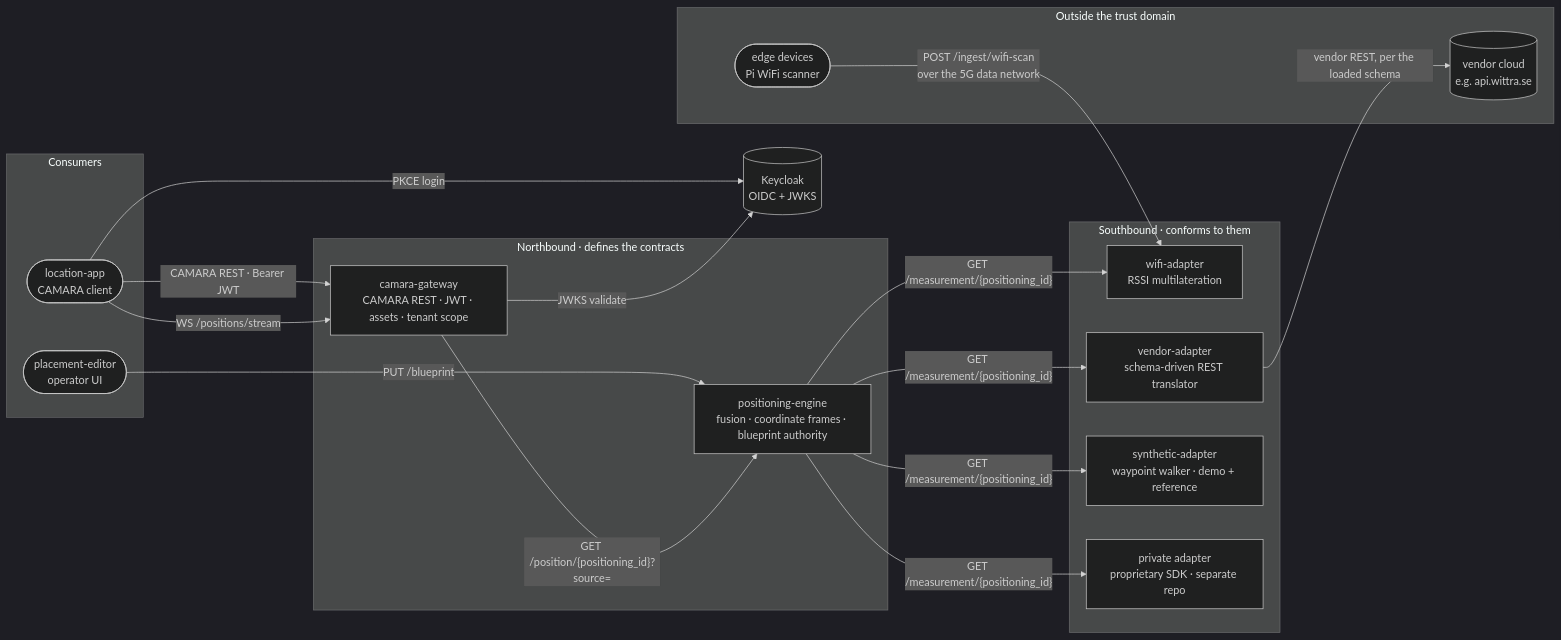
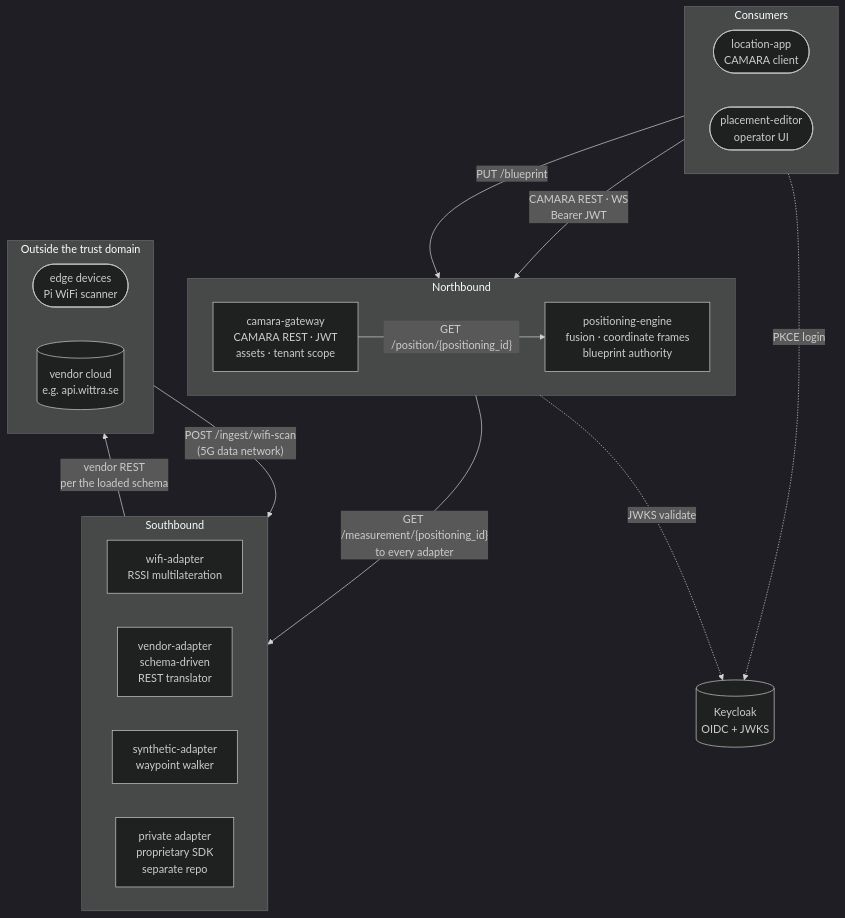
One commit to Jacobbista/5g-northbound changed the first of 6 diagrams in docs/architecture.md. Above: the diagram before and after it, drawn with Mermaid (dark theme). The commit also changed other lines of this file, not shown here.

Commit message:
docs: rebuild the system overview as stacked bands
The overview was a left-to-right flowchart with four identical GET /measurement labels standing in a column away from their edges, and an out-of-trust-domain box at the top whose two edges crossed the whole canvas. It is now five pinned bands top to bottom, consumers, identity, northbound, southbound, outside, with the adapter contract labelled once. No edge crosses a box, and the paragraph that follows reads the bands literally.

The 3GPP mapping drops the fiveg row and states the rest without arguing it.

````diff
--- a/docs/architecture.md
+++ b/docs/architecture.md
@@ -18,41 +18,45 @@
 ```mermaid
-flowchart LR
+flowchart TB
   subgraph consumers["Consumers"]
+    direction LR
     APP(["location-app<br/>CAMARA client"])
     EDITOR(["placement-editor<br/>operator UI"])
   end
 
-  subgraph northbound["Northbound · defines the contracts"]
-    GW["camara-gateway<br/>CAMARA REST · JWT · assets · tenant scope"]
-    ENG["positioning-engine<br/>fusion · coordinate frames · blueprint authority"]
+  KC[("Keycloak<br/>OIDC + JWKS")]
+
+  subgraph northbound["Northbound"]
+    direction LR
+    GW["camara-gateway<br/>CAMARA REST · JWT<br/>assets · tenant scope"]
+    ENG["positioning-engine<br/>fusion · coordinate frames<br/>blueprint authority"]
   end
 
-  subgraph southbound["Southbound · conforms to them"]
+  subgraph southbound["Southbound"]
+    direction LR
     WIFI["wifi-adapter<br/>RSSI multilateration"]
-    VENDOR["vendor-adapter<br/>schema-driven REST translator"]
-    SYNTH["synthetic-adapter<br/>waypoint walker · demo + reference"]
-    PRIV["private adapter<br/>proprietary SDK · separate repo"]
+    VENDOR["vendor-adapter<br/>schema-driven<br/>REST translator"]
+    SYNTH["synthetic-adapter<br/>waypoint walker"]
+    PRIV["private adapter<br/>proprietary SDK<br/>separate repo"]
   end
 
   subgraph external["Outside the trust domain"]
+    direction LR
+    EDGEDEV(["edge devices<br/>Pi WiFi scanner"])
     CLOUD[("vendor cloud<br/>e.g. api.wittra.se")]
-    EDGEDEV(["edge devices<br/>Pi WiFi scanner"])
   end
 
-  KC[("Keycloak<br/>OIDC + JWKS")]
-
-  APP -- "CAMARA REST · Bearer JWT" --> GW
-  APP -- "WS /positions/stream" --> GW
-  APP -- "PKCE login" --> KC
-  GW -- "JWKS validate" --> KC
+  APP -. "PKCE login" .-> KC
+  GW -. "JWKS validate" .-> KC
+  APP -- "CAMARA REST · WS<br/>Bearer JWT" --> GW
   EDITOR -- "PUT /blueprint" --> ENG
 
-  GW -- "GET /position/{positioning_id}?source=" --> ENG
-  ENG -- "GET /measurement/{positioning_id}" --> WIFI
-  ENG -- "GET /measurement/{positioning_id}" --> VENDOR
-  ENG -- "GET /measurement/{positioning_id}" --> SYNTH
-  ENG -- "GET /measurement/{positioning_id}" --> PRIV
+  GW -- "GET /position/{positioning_id}" --> ENG
+  ENG -- "GET /measurement/{positioning_id}<br/>to every adapter" --> southbound
 
-  VENDOR -- "vendor REST, per the loaded schema" --> CLOUD
-  EDGEDEV -- "POST /ingest/wifi-scan<br/>over the 5G data network" --> WIFI
+  EDGEDEV -- "POST /ingest/wifi-scan<br/>(5G data network)" --> WIFI
+  VENDOR -- "vendor REST<br/>per the loaded schema" --> CLOUD
+
+  consumers ~~~ KC
+  KC ~~~ northbound
+  southbound ~~~ external
 ```
````
